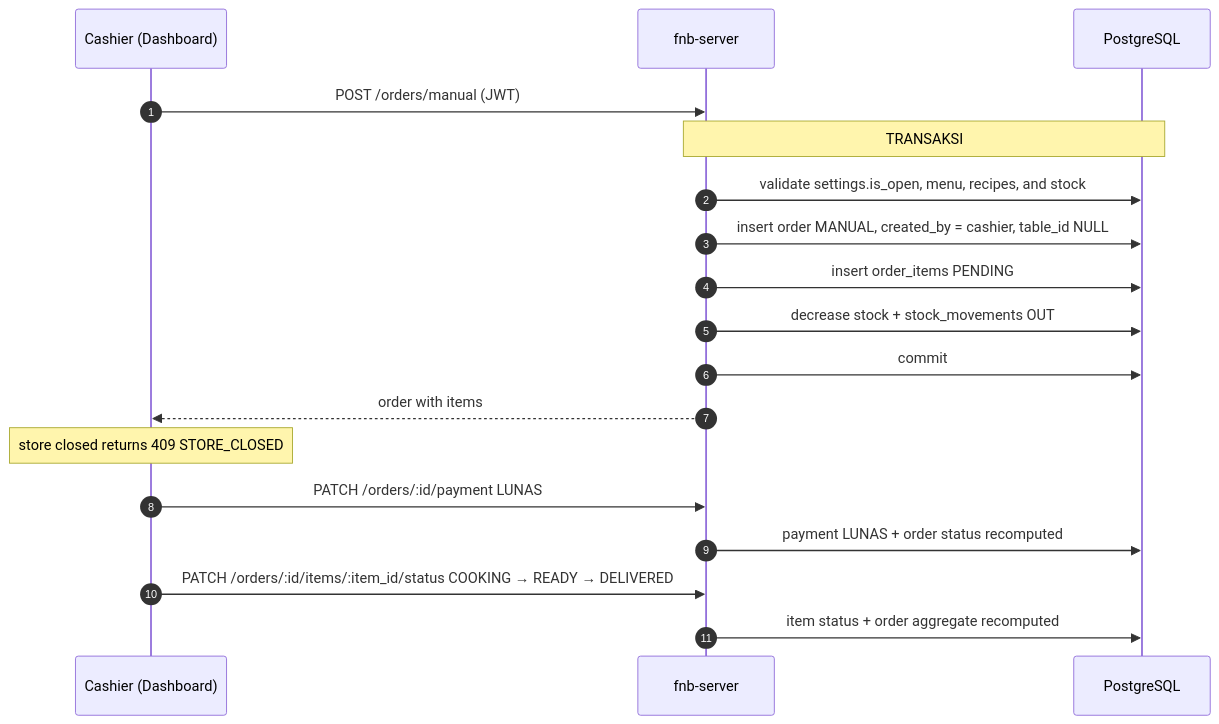
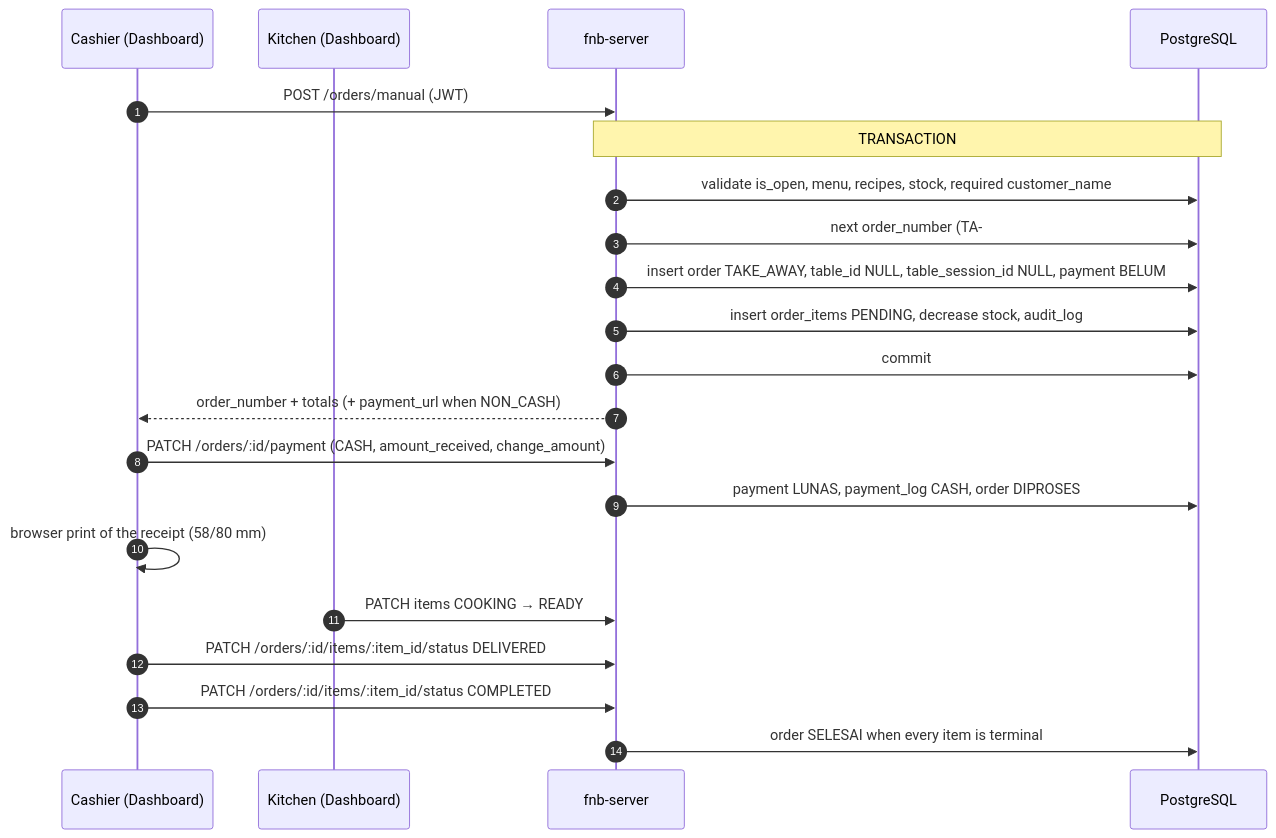
The third of 12 diagrams in docs/flow.md (darmawandoni6/fnb-app), drawn with Mermaid before and after one commit. The commit also changed other lines of this file and 17 other files, not shown here.

First line of the commit message:
docs(qr-menu): sync plan with table session API

````diff
--- a/docs/flow.md
+++ b/docs/flow.md
@@ -79,23 +105,26 @@
 ```mermaid
 sequenceDiagram
     autonumber
     participant K as Cashier (Dashboard)
+    participant D as Kitchen (Dashboard)
     participant API as fnb-server
     participant DB as PostgreSQL
 
     K->>API: POST /orders/manual (JWT)
-    Note over API,DB: TRANSAKSI
-    API->>DB: validate settings.is_open, menu, recipes, and stock
-    API->>DB: insert order MANUAL, created_by = cashier, table_id NULL
-    API->>DB: insert order_items PENDING
-    API->>DB: decrease stock + stock_movements OUT
+    Note over API,DB: TRANSACTION
+    API->>DB: validate is_open, menu, recipes, stock, required customer_name
+    API->>DB: next order_number (TA-###) from order_sequence
+    API->>DB: insert order TAKE_AWAY, table_id NULL, table_session_id NULL, payment BELUM
+    API->>DB: insert order_items PENDING, decrease stock, audit_log
     API->>DB: commit
-    API-->>K: order with items
+    API-->>K: order_number + totals (+ payment_url when NON_CASH)
 
-    Note over K: store closed returns 409 STORE_CLOSED
+    K->>API: PATCH /orders/:id/payment (CASH, amount_received, change_amount)
+    API->>DB: payment LUNAS, payment_log CASH, order DIPROSES
+    K->>K: browser print of the receipt (58/80 mm)
 
-    K->>API: PATCH /orders/:id/payment LUNAS
-    API->>DB: payment LUNAS + order status recomputed
-    K->>API: PATCH /orders/:id/items/:item_id/status COOKING → READY → DELIVERED
-    API->>DB: item status + order aggregate recomputed
+    D->>API: PATCH items COOKING → READY
+    K->>API: PATCH /orders/:id/items/:item_id/status DELIVERED
+    K->>API: PATCH /orders/:id/items/:item_id/status COMPLETED
+    API->>DB: order SELESAI when every item is terminal
 ```
````
